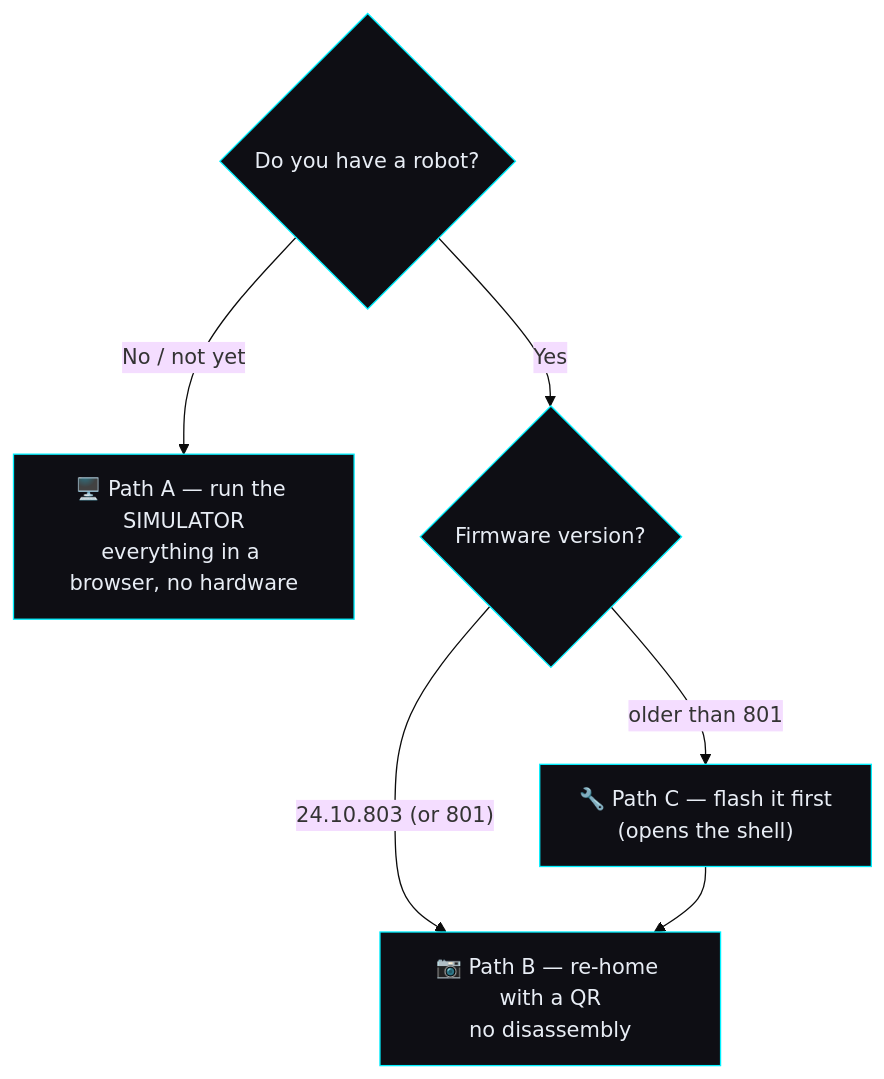
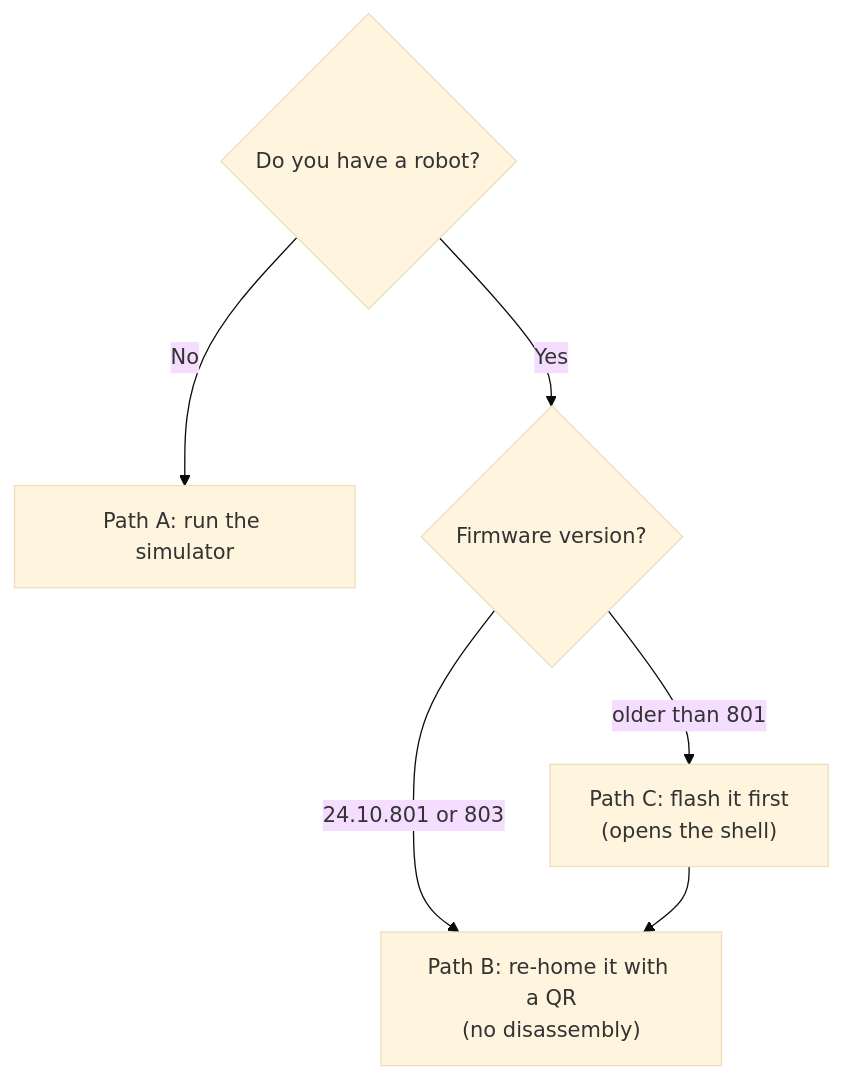
Before and after one commit to mvalancy/moxie-robot-saver: the diagram in sim/web/docs-bundle/guides/revive-your-moxie.md, drawn with Mermaid (base theme). The commit also changed other lines of this file and 454 other files, not shown here.

````diff
--- a/sim/web/docs-bundle/guides/revive-your-moxie.md
+++ b/sim/web/docs-bundle/guides/revive-your-moxie.md
@@ -13,11 +11,9 @@
 ```mermaid
 flowchart TD
   q{"Do you have a robot?"}
-  q -->|"No / not yet"| sim["🖥️ Path A — run the SIMULATOR<br/>everything in a browser, no hardware"]
+  q -->|"No"| sim["Path A: run the simulator"]
   q -->|"Yes"| fw{"Firmware version?"}
-  fw -->|"24.10.803 (or 801)"| qr["📷 Path B — re-home with a QR<br/>no disassembly"]
-  fw -->|"older than 801"| flash["🔧 Path C — flash it first<br/>(opens the shell)"]
+  fw -->|"24.10.801 or 803"| qr["Path B: re-home it with a QR<br/>(no disassembly)"]
+  fw -->|"older than 801"| flash["Path C: flash it first<br/>(opens the shell)"]
   flash --> qr
-  classDef d fill:#0e0e14,stroke:#00f0ff,color:#e8edf5;
-  class sim,qr,flash,q,fw d;
 ```
````
